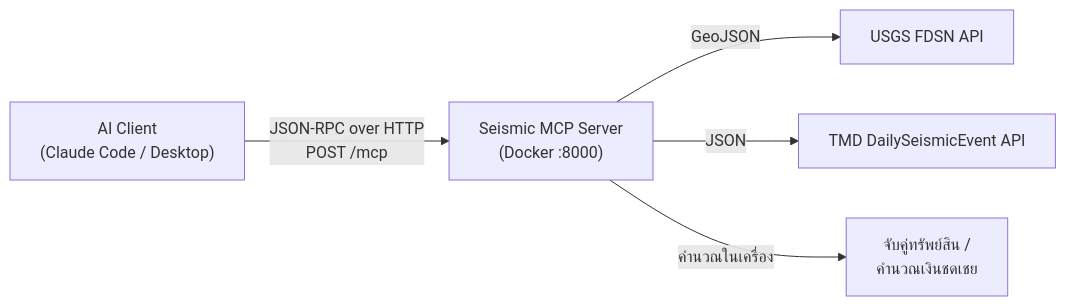
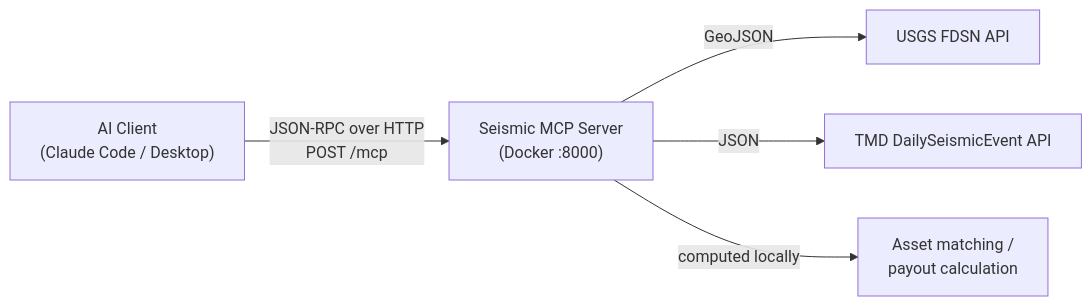
Before and after one commit to benzjannapa/seismic-mcp-server: the diagram in README.md, drawn with Mermaid. The commit also changed other lines of this file and 1 other file, not shown here.

````diff
--- a/README.md
+++ b/README.md
@@ -48,7 +50,7 @@
 ```mermaid
 flowchart LR
     A["AI Client<br/>(Claude Code / Desktop)"] -- "JSON-RPC over HTTP<br/>POST /mcp" --> B["Seismic MCP Server<br/>(Docker :8000)"]
     B -- "GeoJSON" --> C["USGS FDSN API"]
     B -- "JSON" --> D["TMD DailySeismicEvent API"]
-    B -- "คำนวณในเครื่อง" --> E["จับคู่ทรัพย์สิน /<br/>คำนวณเงินชดเชย"]
+    B -- "computed locally" --> E["Asset matching /<br/>payout calculation"]
 ```
````
